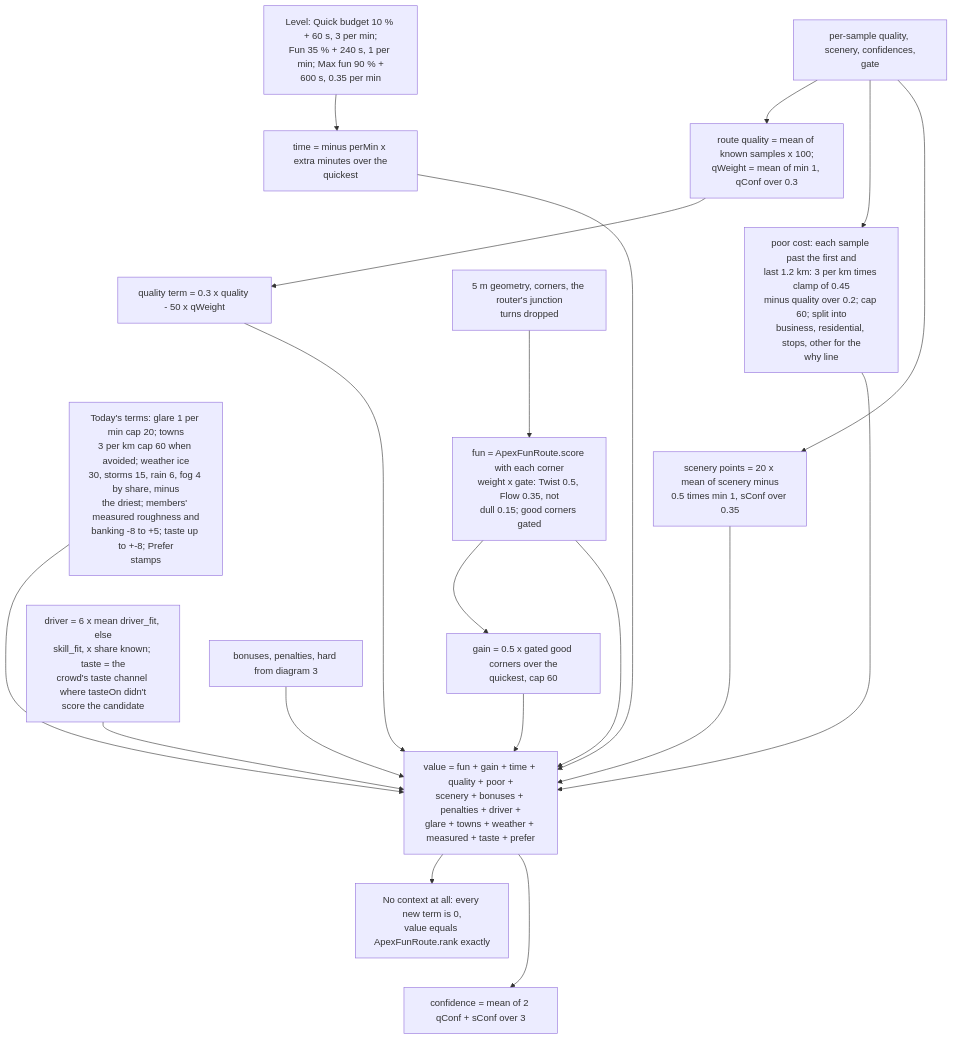
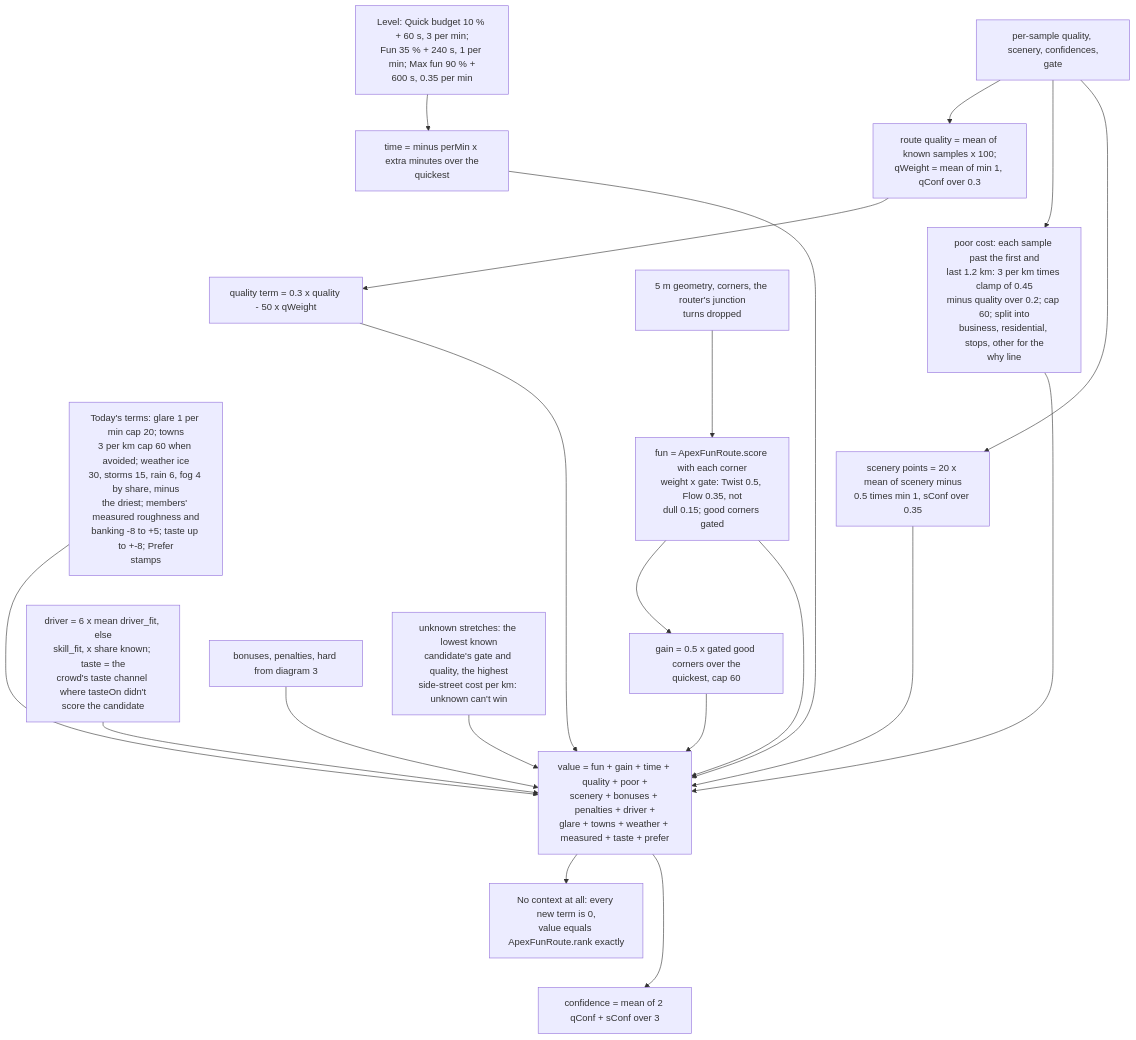
Before and after one commit to Senft5/ApexNav: the fourth of 5 diagrams in docs/ROUTE_ENGINE.md, drawn with Mermaid. The commit also changed other lines of this file and 16 other files, not shown here.

First line of the commit message:
Review fixes: low limits only damn built-up roads, unknown can't win, crowd by cells, no dead channels

````diff
--- a/docs/ROUTE_ENGINE.md
+++ b/docs/ROUTE_ENGINE.md
@@ -121,20 +123,21 @@
 ```mermaid
 flowchart TD
   SAMP["per-sample quality, scenery, confidences,<br>gate"] --> QR["route quality = mean of known samples x 100;<br>qWeight = mean of min 1, qConf over 0.3"]
   SAMP --> POOR["poor cost: each sample past the first and<br>last 1.2 km: 3 per km times clamp of 0.45<br>minus quality over 0.2; cap 60; split into<br>business, residential, stops, other for the<br>why line"]
   SAMP --> SCN["scenery points = 20 x mean of scenery minus<br>0.5 times min 1, sConf over 0.35"]
   GEO["5 m geometry, corners, the router's junction<br>turns dropped"] --> FUN["fun = ApexFunRoute.score with each corner<br>weight x gate: Twist 0.5, Flow 0.35, not<br>dull 0.15; good corners gated"]
   FUN --> GAIN["gain = 0.5 x gated good corners over the<br>quickest, cap 60"]
   LVL["Level: Quick budget 10 % + 60 s, 3 per min;<br>Fun 35 % + 240 s, 1 per min; Max fun 90 % +<br>600 s, 0.35 per min"] --> TIME["time = minus perMin x extra minutes over the<br>quickest"]
   QR --> QT["quality term = 0.3 x quality - 50 x qWeight"]
   DRV["driver = 6 x mean driver_fit, else<br>skill_fit, x share known; taste = the<br>crowd's taste channel where tasteOn didn't<br>score the candidate"] --> V
   OLD["Today's terms: glare 1 per min cap 20; towns<br>3 per km cap 60 when avoided; weather ice<br>30, storms 15, rain 6, fog 4 by share, minus<br>the driest; members' measured roughness and<br>banking -8 to +5; taste up to +-8; Prefer<br>stamps"] --> V
   QR ~~~ POOR ~~~ SCN
   FUN ~~~ GAIN
   LVL ~~~ TIME ~~~ QT ~~~ OLD ~~~ BP
   FUN & GAIN & TIME & QT & POOR & SCN --> V["value = fun + gain + time + quality + poor +<br>scenery + bonuses + penalties + driver +<br>glare + towns + weather + measured + taste + prefer"]
   BP["bonuses, penalties, hard from diagram 3"] --> V
+  UNK["unknown stretches: the lowest known<br>candidate's gate and quality, the highest<br>side-street cost per km: unknown can't win"] --> V
   V --> NOCTX["No context at all: every new term is 0,<br>value equals ApexFunRoute.rank exactly"]
   NOCTX ~~~ CONF
   V --> CONF["confidence = mean of 2 qConf + sConf over 3"]
 ```
````
